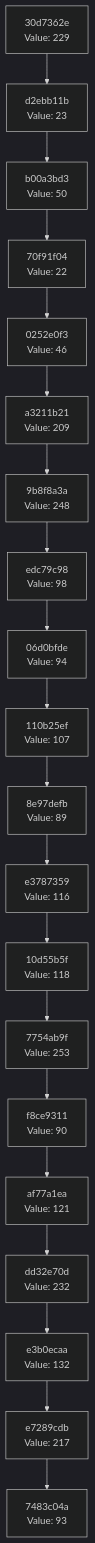
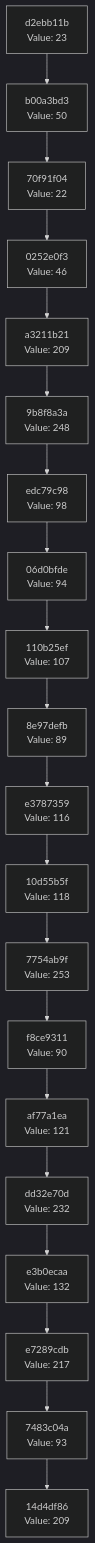
One commit to Abhisheksinha1506/hash-chain-evolver changed the diagram in docs/CHAIN_VISUALIZATION.md. Above: the diagram before and after it, drawn with Mermaid (dark theme). The commit also changed 1 other file, not shown here.

Commit message:
Evolution Step

````diff
--- a/docs/CHAIN_VISUALIZATION.md
+++ b/docs/CHAIN_VISUALIZATION.md
@@ -3,42 +3,42 @@
 ```mermaid
 graph TD
-    C0["7483c04a<br/>Value: 93"]
-    C1["e7289cdb<br/>Value: 217"]
+    C0["14d4df86<br/>Value: 209"]
+    C1["7483c04a<br/>Value: 93"]
     C1 --> C0
-    C2["e3b0ecaa<br/>Value: 132"]
+    C2["e7289cdb<br/>Value: 217"]
     C2 --> C1
-    C3["dd32e70d<br/>Value: 232"]
+    C3["e3b0ecaa<br/>Value: 132"]
     C3 --> C2
-    C4["af77a1ea<br/>Value: 121"]
+    C4["dd32e70d<br/>Value: 232"]
     C4 --> C3
-    C5["f8ce9311<br/>Value: 90"]
+    C5["af77a1ea<br/>Value: 121"]
     C5 --> C4
-    C6["7754ab9f<br/>Value: 253"]
+    C6["f8ce9311<br/>Value: 90"]
     C6 --> C5
-    C7["10d55b5f<br/>Value: 118"]
+    C7["7754ab9f<br/>Value: 253"]
     C7 --> C6
-    C8["e3787359<br/>Value: 116"]
+    C8["10d55b5f<br/>Value: 118"]
     C8 --> C7
-    C9["8e97defb<br/>Value: 89"]
+    C9["e3787359<br/>Value: 116"]
     C9 --> C8
-    C10["110b25ef<br/>Value: 107"]
+    C10["8e97defb<br/>Value: 89"]
     C10 --> C9
-    C11["06d0bfde<br/>Value: 94"]
+    C11["110b25ef<br/>Value: 107"]
     C11 --> C10
-    C12["edc79c98<br/>Value: 98"]
+    C12["06d0bfde<br/>Value: 94"]
     C12 --> C11
-    C13["9b8f8a3a<br/>Value: 248"]
+    C13["edc79c98<br/>Value: 98"]
     C13 --> C12
-    C14["a3211b21<br/>Value: 209"]
+    C14["9b8f8a3a<br/>Value: 248"]
     C14 --> C13
-    C15["0252e0f3<br/>Value: 46"]
+    C15["a3211b21<br/>Value: 209"]
     C15 --> C14
-    C16["70f91f04<br/>Value: 22"]
+    C16["0252e0f3<br/>Value: 46"]
     C16 --> C15
-    C17["b00a3bd3<br/>Value: 50"]
+    C17["70f91f04<br/>Value: 22"]
     C17 --> C16
-    C18["d2ebb11b<br/>Value: 23"]
+    C18["b00a3bd3<br/>Value: 50"]
     C18 --> C17
-    C19["30d7362e<br/>Value: 229"]
+    C19["d2ebb11b<br/>Value: 23"]
     C19 --> C18
 ```
````
